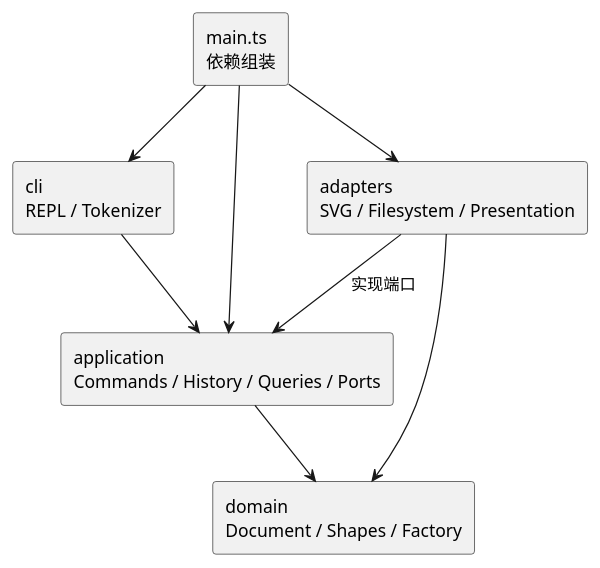
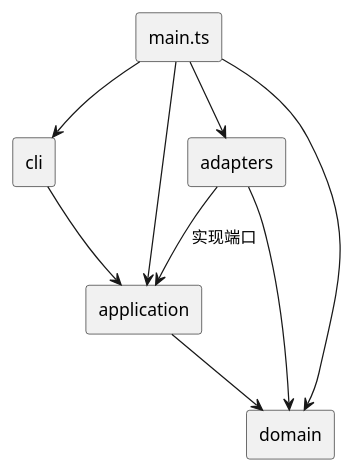
The diagram in doc/README.md (0039kk/SVG_PJ), drawn with PlantUML before and after one commit. The commit also changed other lines of this file and 2 other files, not shown here.

````diff
--- a/doc/README.md
+++ b/doc/README.md
@@ -41,17 +50,18 @@
 ```plantuml
 @startuml
 skinparam componentStyle rectangle
-component "main.ts\n依赖组装" as Main
-component "cli\nREPL / Tokenizer" as CLI
-component "application\nCommands / History / Queries / Ports" as App
-component "domain\nDocument / Shapes / Factory" as Domain
-component "adapters\nSVG / Filesystem / Presentation" as Adapters
+component "main.ts" as Main
+component "cli" as CLI
+component "application" as App
+component "domain" as Domain
+component "adapters" as Adapters
 Main --> CLI
 Main --> App
+Main --> Domain
 Main --> Adapters
 CLI --> App
 App --> Domain
 Adapters --> App : 实现端口
 Adapters --> Domain
 @enduml
 ```
````
